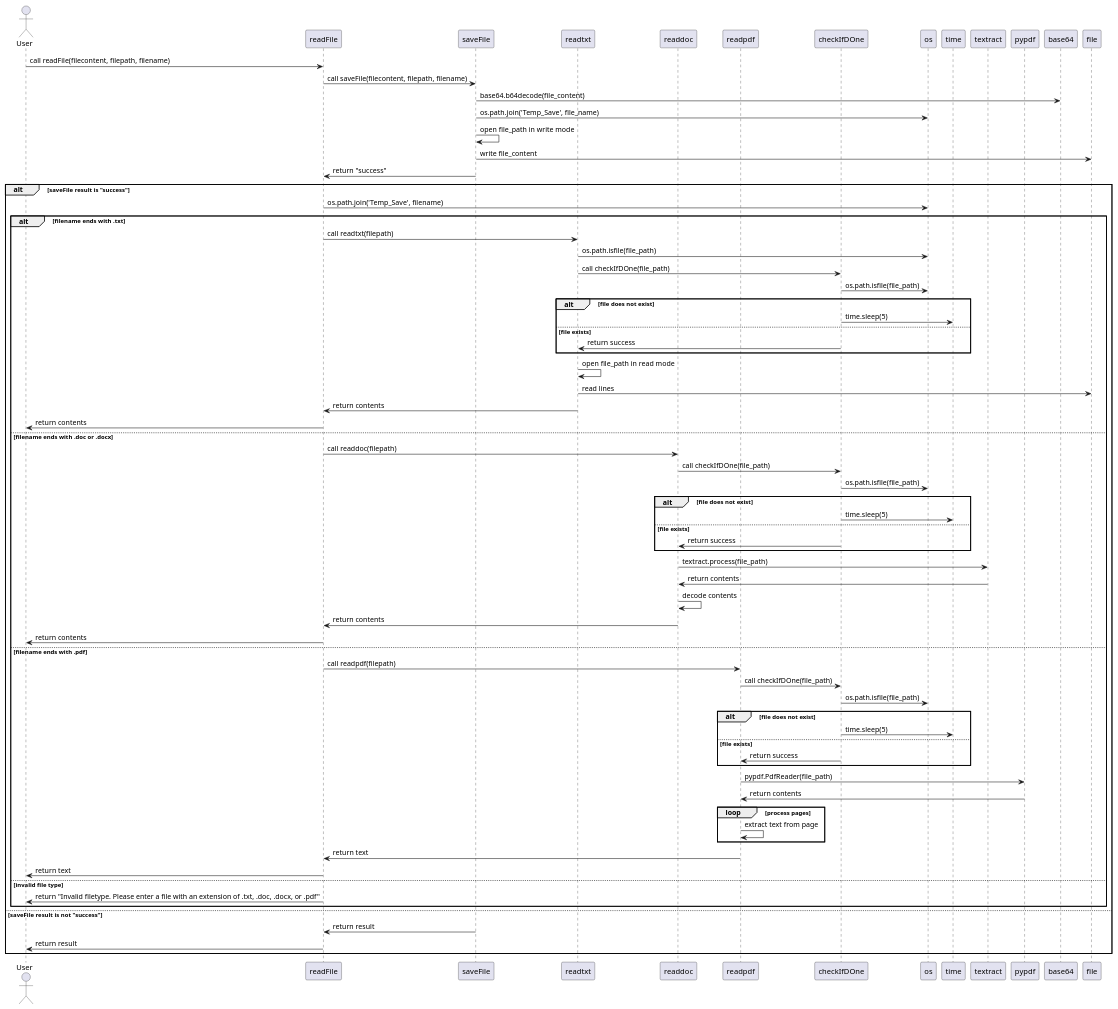
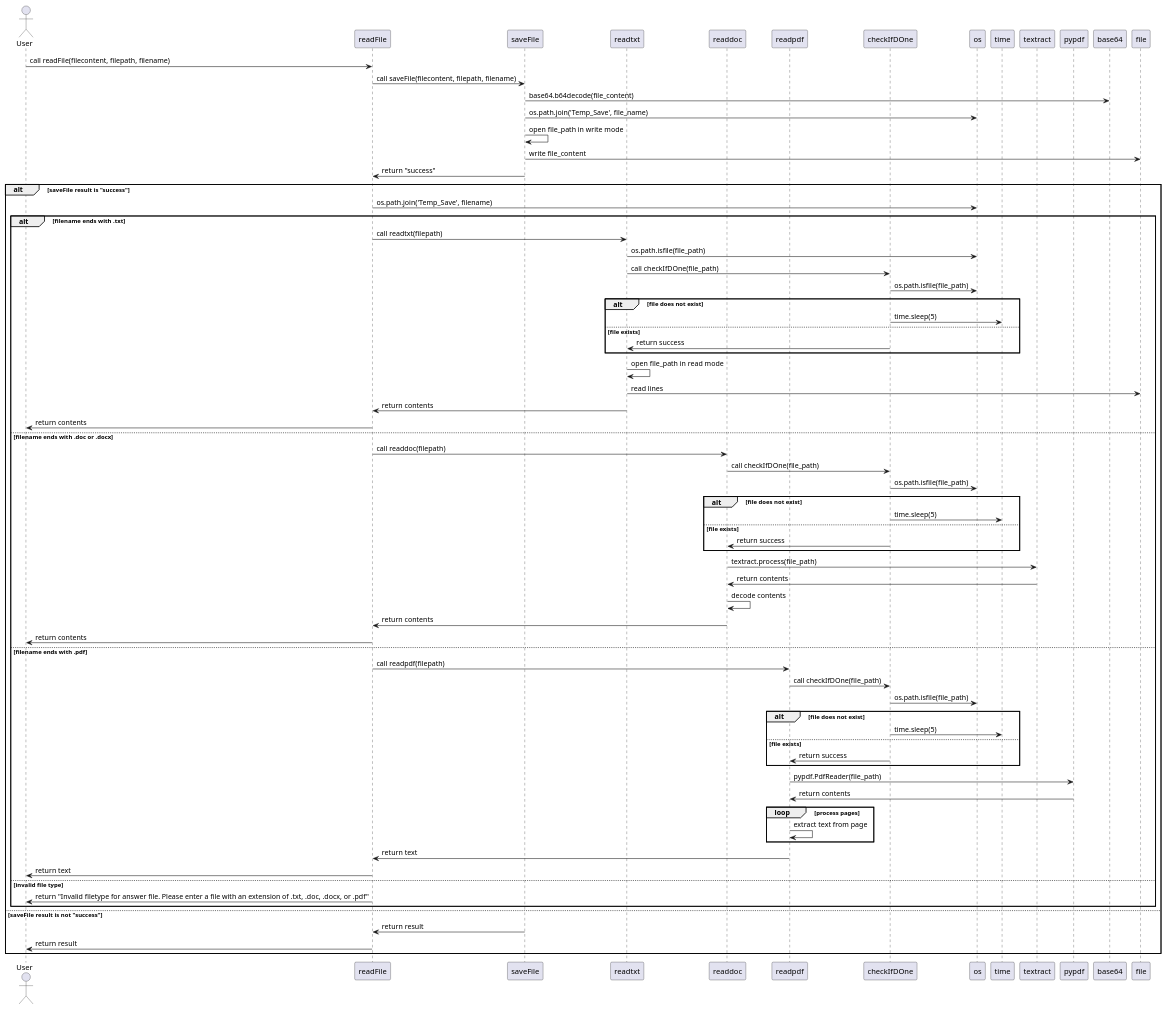
One commit to NoahS20/Grad-Project changed the diagram in Diagrams/Sequence Diagrams/BackEnd/fileprocessingUMLSequence.wsd. Above: the diagram before and after it, drawn with PlantUML. The commit also changed 5 other files, not shown here.

```diff
--- a/Diagrams/Sequence Diagrams/BackEnd/fileprocessingUMLSequence.wsd
+++ b/Diagrams/Sequence Diagrams/BackEnd/fileprocessingUMLSequence.wsd
@@ -1,81 +1,81 @@
 @startuml
 actor User
 
 participant readFile
 participant saveFile
 participant readtxt
 participant readdoc
 participant readpdf
 participant checkIfDOne
 participant os
 participant time
 participant textract
 participant pypdf
 
 User -> readFile: call readFile(filecontent, filepath, filename)
 readFile -> saveFile: call saveFile(filecontent, filepath, filename)
 saveFile -> base64: base64.b64decode(file_content)
 saveFile -> os: os.path.join('Temp_Save', file_name)
 saveFile -> saveFile: open file_path in write mode
 saveFile -> file: write file_content
 saveFile -> readFile: return "success"
 
 alt saveFile result is "success"
     readFile -> os: os.path.join('Temp_Save', filename)
     
     alt filename ends with .txt
         readFile -> readtxt: call readtxt(filepath)
         readtxt -> os: os.path.isfile(file_path)
         readtxt -> checkIfDOne: call checkIfDOne(file_path)
         checkIfDOne -> os: os.path.isfile(file_path)
         alt file does not exist
             checkIfDOne -> time: time.sleep(5)
         else file exists
             checkIfDOne -> readtxt: return success
         end
         readtxt -> readtxt: open file_path in read mode
         readtxt -> file: read lines
         readtxt -> readFile: return contents
         readFile -> User: return contents
 
     else filename ends with .doc or .docx
         readFile -> readdoc: call readdoc(filepath)
         readdoc -> checkIfDOne: call checkIfDOne(file_path)
         checkIfDOne -> os: os.path.isfile(file_path)
         alt file does not exist
             checkIfDOne -> time: time.sleep(5)
         else file exists
             checkIfDOne -> readdoc: return success
         end
         readdoc -> textract: textract.process(file_path)
         textract -> readdoc: return contents
         readdoc -> readdoc: decode contents
         readdoc -> readFile: return contents
         readFile -> User: return contents
 
     else filename ends with .pdf
         readFile -> readpdf: call readpdf(filepath)
         readpdf -> checkIfDOne: call checkIfDOne(file_path)
         checkIfDOne -> os: os.path.isfile(file_path)
         alt file does not exist
             checkIfDOne -> time: time.sleep(5)
         else file exists
             checkIfDOne -> readpdf: return success
         end
         readpdf -> pypdf: pypdf.PdfReader(file_path)
         pypdf -> readpdf: return contents
         loop process pages
             readpdf -> readpdf: extract text from page
         end
         readpdf -> readFile: return text
         readFile -> User: return text
 
     else invalid file type
-        readFile -> User: return "Invalid filetype. Please enter a file with an extension of .txt, .doc, .docx, or .pdf"
+        readFile -> User: return "Invalid filetype for answer file. Please enter a file with an extension of .txt, .doc, .docx, or .pdf"
     end
 else saveFile result is not "success"
     saveFile -> readFile: return result
     readFile -> User: return result
 end
 
 @enduml
```
